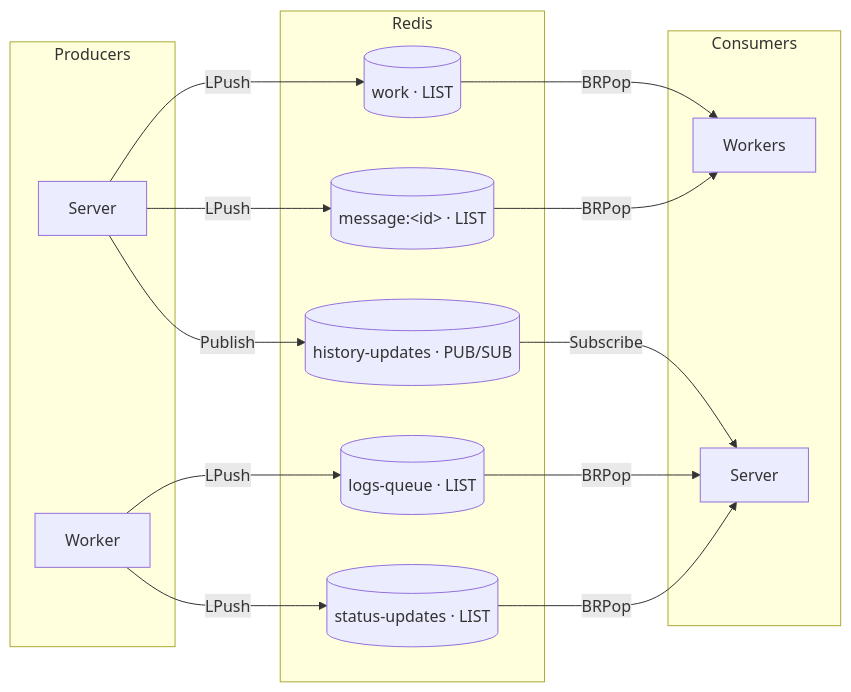
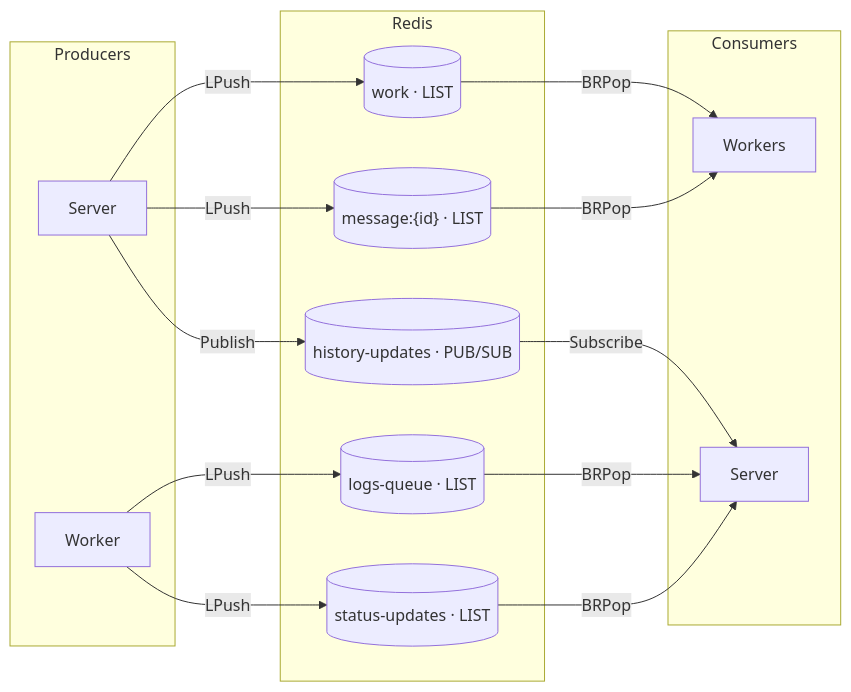
Before and after one commit to pyljain/chrysalis: the fourth of 5 diagrams in README.md, drawn with Mermaid. The commit also changed other lines of this file, not shown here.

````diff
--- a/README.md
+++ b/README.md
@@ -213,32 +213,32 @@
 ```mermaid
 graph LR
     subgraph Producers
       S1[Server]
       W1[Worker]
     end
 
     subgraph Redis
       WQ[("work · LIST")]
-      MQ[("message:&lt;id&gt; · LIST")]
+      MQ[("message:{id} · LIST")]
       LQ[("logs-queue · LIST")]
       SQ[("status-updates · LIST")]
       HQ[("history-updates · PUB/SUB")]
     end
 
     subgraph Consumers
       W2[Workers]
       S2[Server]
     end
 
     S1 -- LPush --> WQ
     S1 -- LPush --> MQ
     W1 -- LPush --> LQ
     W1 -- LPush --> SQ
     S1 -- Publish --> HQ
 
     WQ -- BRPop --> W2
     MQ -- BRPop --> W2
     LQ -- BRPop --> S2
     SQ -- BRPop --> S2
     HQ -- Subscribe --> S2
 ```
````
